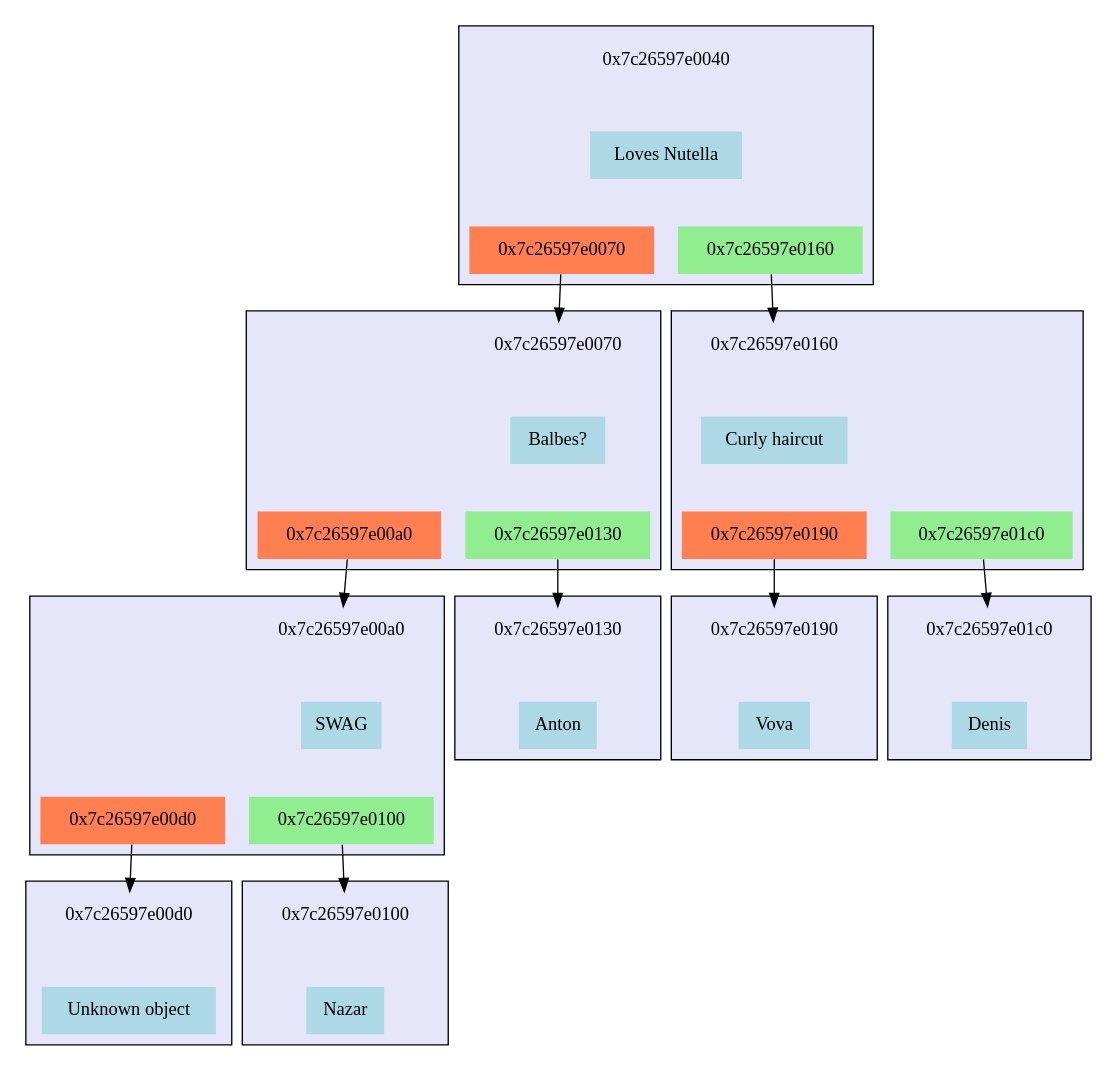
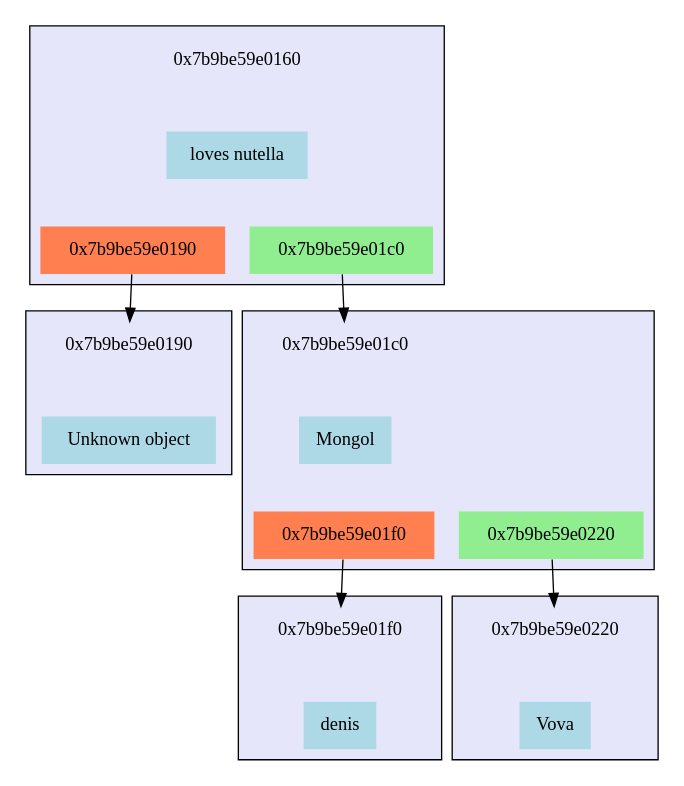
Before and after one commit to MasterVAE/MIPT_Akinator: the diagram in files/tree.dot, drawn with Graphviz. The commit also changed 12 other files, not shown here.

```diff
--- a/files/tree.dot
+++ b/files/tree.dot
@@ -1,144 +1,80 @@
 digraph G {	 node [shape=plaintext, style="filled"];
 	 rankdir=TB;
-subgraph cluster_0x7c26597e0040                                     
+subgraph cluster_0x7b9be59e0160                                     
 {                                                       
 	style=filled;                                         
 	rank=0;                                              
 	fillcolor=lavender;                                   
-	"0x7c26597e0040_address"[label="0x7c26597e0040",fillcolor="lavender"];  
-	"0x7c26597e0040_value"[label="Loves Nutella",fillcolor="lightblue"];   
-	subgraph "0x7c26597e0040_bottom"                                
+	"0x7b9be59e0160_address"[label="0x7b9be59e0160",fillcolor="lavender"];  
+	"0x7b9be59e0160_value"[label="loves nutella",fillcolor="lightblue"];   
+	subgraph "0x7b9be59e0160_bottom"                                
 	{                                                     
 		 style=invis;                                       
-		"0x7c26597e0040_left"[label="0x7c26597e0070",fillcolor="coral"];      
-		"0x7c26597e0040_right"[label="0x7c26597e0160",fillcolor="lightgreen"];
+		"0x7b9be59e0160_left"[label="0x7b9be59e0190",fillcolor="coral"];      
+		"0x7b9be59e0160_right"[label="0x7b9be59e01c0",fillcolor="lightgreen"];
 	}                                                     
-	"0x7c26597e0040_address"->"0x7c26597e0040_value"[style=invis,weight=10];  
-	"0x7c26597e0040_value"->"0x7c26597e0040_left"[style=invis,weight=10];     
-	"0x7c26597e0040_value"->"0x7c26597e0040_right"[style=invis,weight=10];    
+	"0x7b9be59e0160_address"->"0x7b9be59e0160_value"[style=invis,weight=10];  
+	"0x7b9be59e0160_value"->"0x7b9be59e0160_left"[style=invis,weight=10];     
+	"0x7b9be59e0160_value"->"0x7b9be59e0160_right"[style=invis,weight=10];    
 }                                                       
-"0x7c26597e0040_left" -> "0x7c26597e0070_address";
-subgraph cluster_0x7c26597e0070                                     
+"0x7b9be59e0160_left" -> "0x7b9be59e0190_address";
+subgraph cluster_0x7b9be59e0190                                     
 {                                                       
 	style=filled;                                         
 	rank=1;                                              
 	fillcolor=lavender;                                   
-	"0x7c26597e0070_address"[label="0x7c26597e0070",fillcolor="lavender"];  
-	"0x7c26597e0070_value"[label="Balbes?",fillcolor="lightblue"];   
-	subgraph "0x7c26597e0070_bottom"                                
+	"0x7b9be59e0190_address"[label="0x7b9be59e0190",fillcolor="lavender"];  
+	"0x7b9be59e0190_value"[label="Unknown object",fillcolor="lightblue"];   
+	subgraph "0x7b9be59e0190_bottom"                                
 	{                                                     
 		 style=invis;                                       
-		"0x7c26597e0070_left"[label="0x7c26597e00a0",fillcolor="coral"];      
-		"0x7c26597e0070_right"[label="0x7c26597e0130",fillcolor="lightgreen"];
 	}                                                     
-	"0x7c26597e0070_address"->"0x7c26597e0070_value"[style=invis,weight=10];  
-	"0x7c26597e0070_value"->"0x7c26597e0070_left"[style=invis,weight=10];     
-	"0x7c26597e0070_value"->"0x7c26597e0070_right"[style=invis,weight=10];    
+	"0x7b9be59e0190_address"->"0x7b9be59e0190_value"[style=invis,weight=10];  
 }                                                       
-"0x7c26597e0070_left" -> "0x7c26597e00a0_address";
-subgraph cluster_0x7c26597e00a0                                     
+"0x7b9be59e0160_right" -> "0x7b9be59e01c0_address";
+subgraph cluster_0x7b9be59e01c0                                     
+{                                                       
+	style=filled;                                         
+	rank=1;                                              
+	fillcolor=lavender;                                   
+	"0x7b9be59e01c0_address"[label="0x7b9be59e01c0",fillcolor="lavender"];  
+	"0x7b9be59e01c0_value"[label="Mongol",fillcolor="lightblue"];   
+	subgraph "0x7b9be59e01c0_bottom"                                
+	{                                                     
+		 style=invis;                                       
+		"0x7b9be59e01c0_left"[label="0x7b9be59e01f0",fillcolor="coral"];      
+		"0x7b9be59e01c0_right"[label="0x7b9be59e0220",fillcolor="lightgreen"];
+	}                                                     
+	"0x7b9be59e01c0_address"->"0x7b9be59e01c0_value"[style=invis,weight=10];  
+	"0x7b9be59e01c0_value"->"0x7b9be59e01c0_left"[style=invis,weight=10];     
+	"0x7b9be59e01c0_value"->"0x7b9be59e01c0_right"[style=invis,weight=10];    
+}                                                       
+"0x7b9be59e01c0_left" -> "0x7b9be59e01f0_address";
+subgraph cluster_0x7b9be59e01f0                                     
 {                                                       
 	style=filled;                                         
 	rank=2;                                              
 	fillcolor=lavender;                                   
-	"0x7c26597e00a0_address"[label="0x7c26597e00a0",fillcolor="lavender"];  
-	"0x7c26597e00a0_value"[label="SWAG",fillcolor="lightblue"];   
-	subgraph "0x7c26597e00a0_bottom"                                
-	{                                                     
-		 style=invis;                                       
-		"0x7c26597e00a0_left"[label="0x7c26597e00d0",fillcolor="coral"];      
-		"0x7c26597e00a0_right"[label="0x7c26597e0100",fillcolor="lightgreen"];
-	}                                                     
-	"0x7c26597e00a0_address"->"0x7c26597e00a0_value"[style=invis,weight=10];  
-	"0x7c26597e00a0_value"->"0x7c26597e00a0_left"[style=invis,weight=10];     
-	"0x7c26597e00a0_value"->"0x7c26597e00a0_right"[style=invis,weight=10];    
-}                                                       
-"0x7c26597e00a0_left" -> "0x7c26597e00d0_address";
-subgraph cluster_0x7c26597e00d0                                     
-{                                                       
-	style=filled;                                         
-	rank=3;                                              
-	fillcolor=lavender;                                   
-	"0x7c26597e00d0_address"[label="0x7c26597e00d0",fillcolor="lavender"];  
-	"0x7c26597e00d0_value"[label="Unknown object",fillcolor="lightblue"];   
-	subgraph "0x7c26597e00d0_bottom"                                
+	"0x7b9be59e01f0_address"[label="0x7b9be59e01f0",fillcolor="lavender"];  
+	"0x7b9be59e01f0_value"[label="denis",fillcolor="lightblue"];   
+	subgraph "0x7b9be59e01f0_bottom"                                
 	{                                                     
 		 style=invis;                                       
 	}                                                     
-	"0x7c26597e00d0_address"->"0x7c26597e00d0_value"[style=invis,weight=10];  
+	"0x7b9be59e01f0_address"->"0x7b9be59e01f0_value"[style=invis,weight=10];  
 }                                                       
-"0x7c26597e00a0_right" -> "0x7c26597e0100_address";
-subgraph cluster_0x7c26597e0100                                     
-{                                                       
-	style=filled;                                         
-	rank=3;                                              
-	fillcolor=lavender;                                   
-	"0x7c26597e0100_address"[label="0x7c26597e0100",fillcolor="lavender"];  
-	"0x7c26597e0100_value"[label="Nazar",fillcolor="lightblue"];   
-	subgraph "0x7c26597e0100_bottom"                                
-	{                                                     
-		 style=invis;                                       
-	}                                                     
-	"0x7c26597e0100_address"->"0x7c26597e0100_value"[style=invis,weight=10];  
-}                                                       
-"0x7c26597e0070_right" -> "0x7c26597e0130_address";
-subgraph cluster_0x7c26597e0130                                     
+"0x7b9be59e01c0_right" -> "0x7b9be59e0220_address";
+subgraph cluster_0x7b9be59e0220                                     
 {                                                       
 	style=filled;                                         
 	rank=2;                                              
 	fillcolor=lavender;                                   
-	"0x7c26597e0130_address"[label="0x7c26597e0130",fillcolor="lavender"];  
-	"0x7c26597e0130_value"[label="Anton",fillcolor="lightblue"];   
-	subgraph "0x7c26597e0130_bottom"                                
+	"0x7b9be59e0220_address"[label="0x7b9be59e0220",fillcolor="lavender"];  
+	"0x7b9be59e0220_value"[label="Vova",fillcolor="lightblue"];   
+	subgraph "0x7b9be59e0220_bottom"                                
 	{                                                     
 		 style=invis;                                       
 	}                                                     
-	"0x7c26597e0130_address"->"0x7c26597e0130_value"[style=invis,weight=10];  
-}                                                       
-"0x7c26597e0040_right" -> "0x7c26597e0160_address";
-subgraph cluster_0x7c26597e0160                                     
-{                                                       
-	style=filled;                                         
-	rank=1;                                              
-	fillcolor=lavender;                                   
-	"0x7c26597e0160_address"[label="0x7c26597e0160",fillcolor="lavender"];  
-	"0x7c26597e0160_value"[label="Curly haircut",fillcolor="lightblue"];   
-	subgraph "0x7c26597e0160_bottom"                                
-	{                                                     
-		 style=invis;                                       
-		"0x7c26597e0160_left"[label="0x7c26597e0190",fillcolor="coral"];      
-		"0x7c26597e0160_right"[label="0x7c26597e01c0",fillcolor="lightgreen"];
-	}                                                     
-	"0x7c26597e0160_address"->"0x7c26597e0160_value"[style=invis,weight=10];  
-	"0x7c26597e0160_value"->"0x7c26597e0160_left"[style=invis,weight=10];     
-	"0x7c26597e0160_value"->"0x7c26597e0160_right"[style=invis,weight=10];    
-}                                                       
-"0x7c26597e0160_left" -> "0x7c26597e0190_address";
-subgraph cluster_0x7c26597e0190                                     
-{                                                       
-	style=filled;                                         
-	rank=2;                                              
-	fillcolor=lavender;                                   
-	"0x7c26597e0190_address"[label="0x7c26597e0190",fillcolor="lavender"];  
-	"0x7c26597e0190_value"[label="Vova",fillcolor="lightblue"];   
-	subgraph "0x7c26597e0190_bottom"                                
-	{                                                     
-		 style=invis;                                       
-	}                                                     
-	"0x7c26597e0190_address"->"0x7c26597e0190_value"[style=invis,weight=10];  
-}                                                       
-"0x7c26597e0160_right" -> "0x7c26597e01c0_address";
-subgraph cluster_0x7c26597e01c0                                     
-{                                                       
-	style=filled;                                         
-	rank=2;                                              
-	fillcolor=lavender;                                   
-	"0x7c26597e01c0_address"[label="0x7c26597e01c0",fillcolor="lavender"];  
-	"0x7c26597e01c0_value"[label="Denis",fillcolor="lightblue"];   
-	subgraph "0x7c26597e01c0_bottom"                                
-	{                                                     
-		 style=invis;                                       
-	}                                                     
-	"0x7c26597e01c0_address"->"0x7c26597e01c0_value"[style=invis,weight=10];  
+	"0x7b9be59e0220_address"->"0x7b9be59e0220_value"[style=invis,weight=10];  
 }                                                       
 }
```
